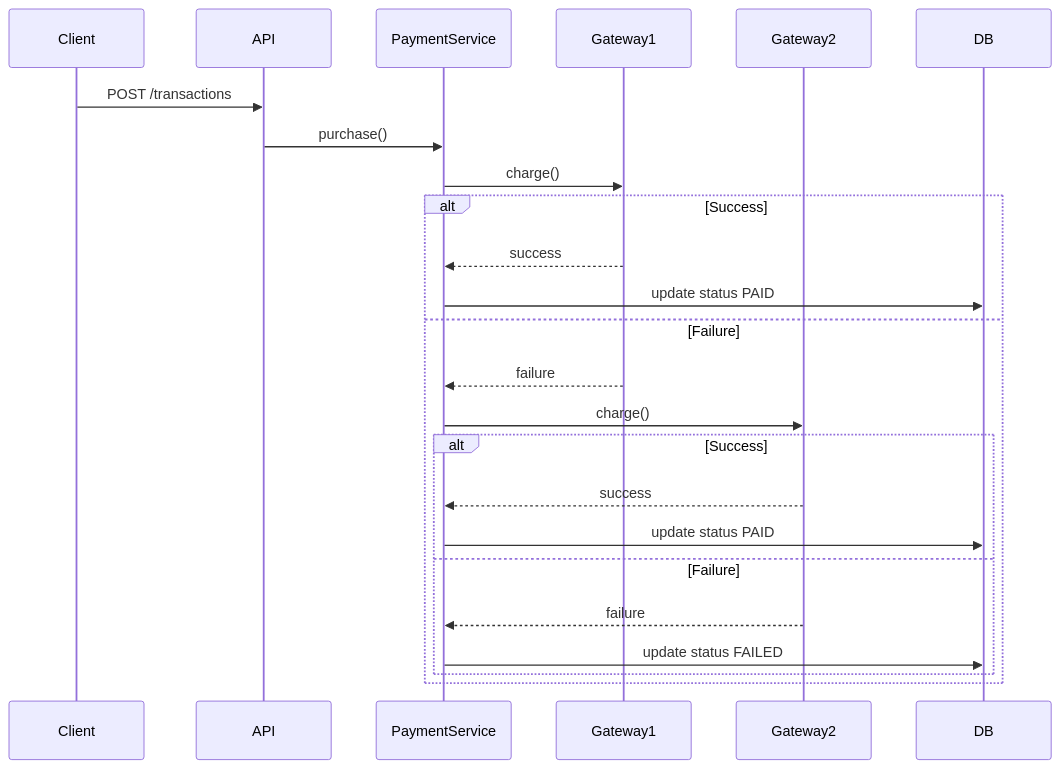
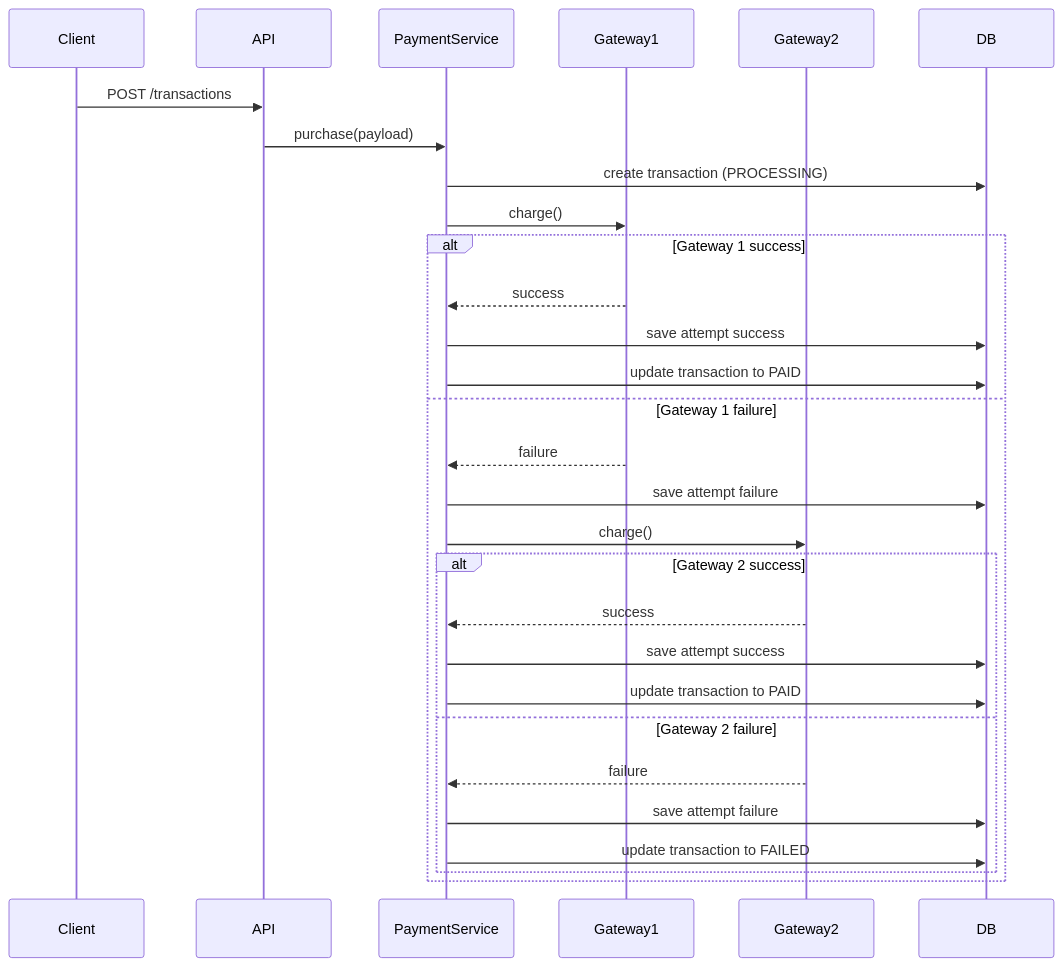
Before and after one commit to Henri-Di/bemobile-backend-challenge: the third of 4 diagrams in README.md, drawn with Mermaid. The commit also changed other lines of this file, not shown here.

````diff
--- a/README.md
+++ b/README.md
@@ -280,31 +589,36 @@
 ```mermaid
 sequenceDiagram
 
 participant Client
 participant API
 participant PaymentService
 participant Gateway1
 participant Gateway2
 participant DB
 
 Client->>API: POST /transactions
-API->>PaymentService: purchase()
+API->>PaymentService: purchase(payload)
 
+PaymentService->>DB: create transaction (PROCESSING)
 PaymentService->>Gateway1: charge()
 
-alt Success
-Gateway1-->>PaymentService: success
-PaymentService->>DB: update status PAID
-else Failure
-Gateway1-->>PaymentService: failure
-PaymentService->>Gateway2: charge()
+alt Gateway 1 success
+  Gateway1-->>PaymentService: success
+  PaymentService->>DB: save attempt success
+  PaymentService->>DB: update transaction to PAID
+else Gateway 1 failure
+  Gateway1-->>PaymentService: failure
+  PaymentService->>DB: save attempt failure
+  PaymentService->>Gateway2: charge()
 
-alt Success
-Gateway2-->>PaymentService: success
-PaymentService->>DB: update status PAID
-else Failure
-Gateway2-->>PaymentService: failure
-PaymentService->>DB: update status FAILED
-end
+  alt Gateway 2 success
+    Gateway2-->>PaymentService: success
+    PaymentService->>DB: save attempt success
+    PaymentService->>DB: update transaction to PAID
+  else Gateway 2 failure
+    Gateway2-->>PaymentService: failure
+    PaymentService->>DB: save attempt failure
+    PaymentService->>DB: update transaction to FAILED
+  end
 end
 ```
````
